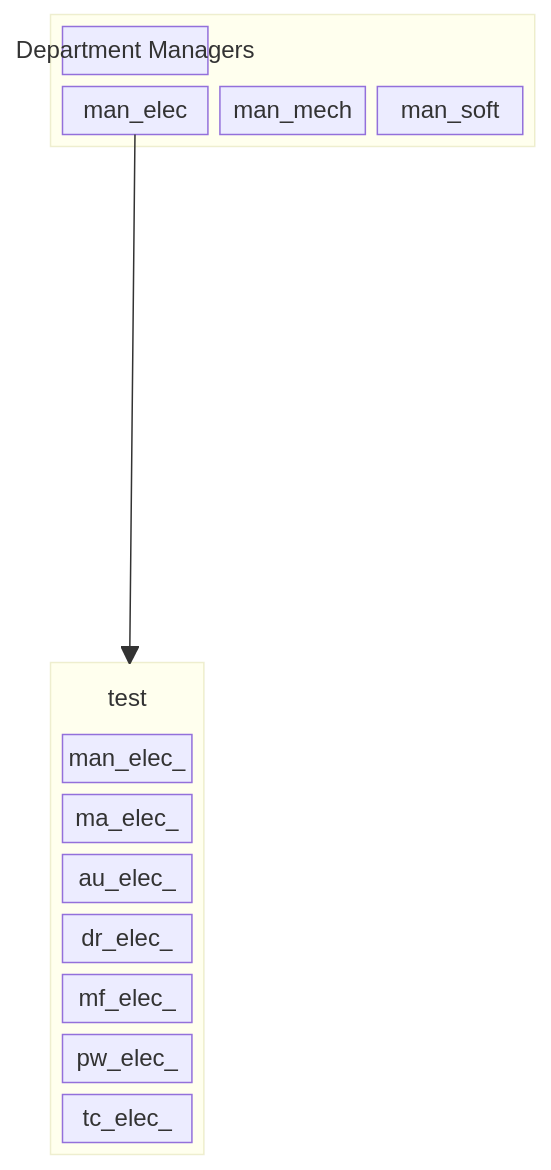
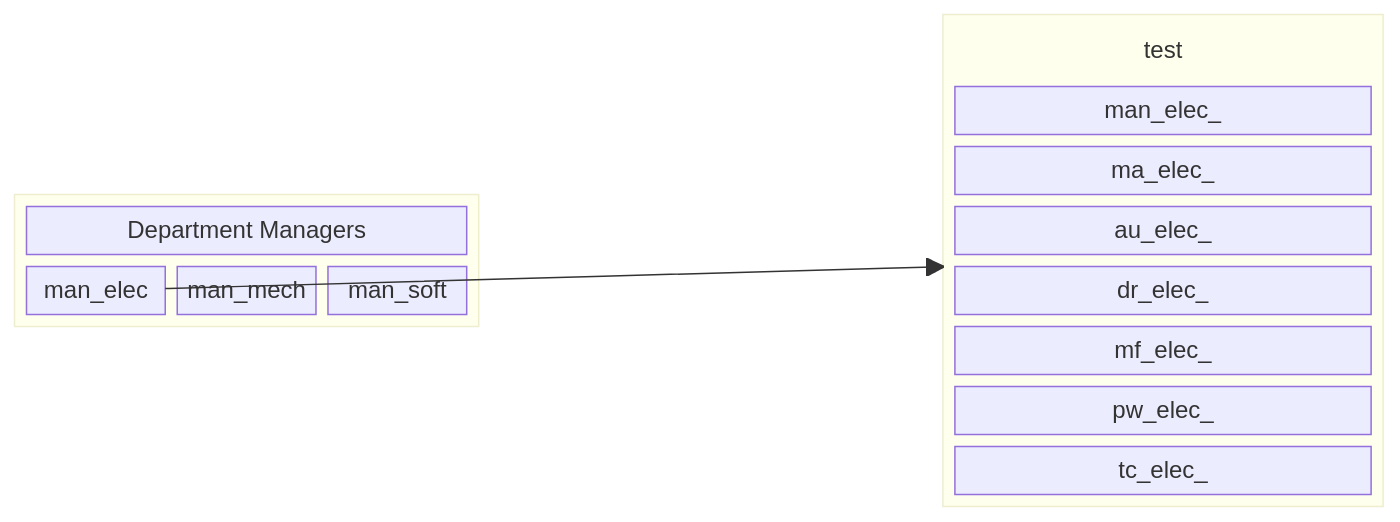
Before and after one commit to FooGiGo-Org/.github: the diagram in README.md, drawn with Mermaid.

Commit message:
Refactor README.md block syntax and structure

````diff
--- a/README.md
+++ b/README.md
@@ -1,27 +1,27 @@
 ```mermaid
 ---
 title: SCRB Matrix Organization
 ---
 block
     columns 3
-    block:test:3
+    block:test
         columns 3
         man["Department Managers"]:3
         man_elec man_mech man_soft
     end
-    space:3
+    space
     block:meme
         columns 1
         uct("test")
         man_elec_
         ma_elec_
         au_elec_
         dr_elec_
         mf_elec_
         pw_elec_
         tc_elec_
     end
     man_elec --> meme
 class uct BT
 classDef BT stroke:transparent,fill:transparent
 ```
````
